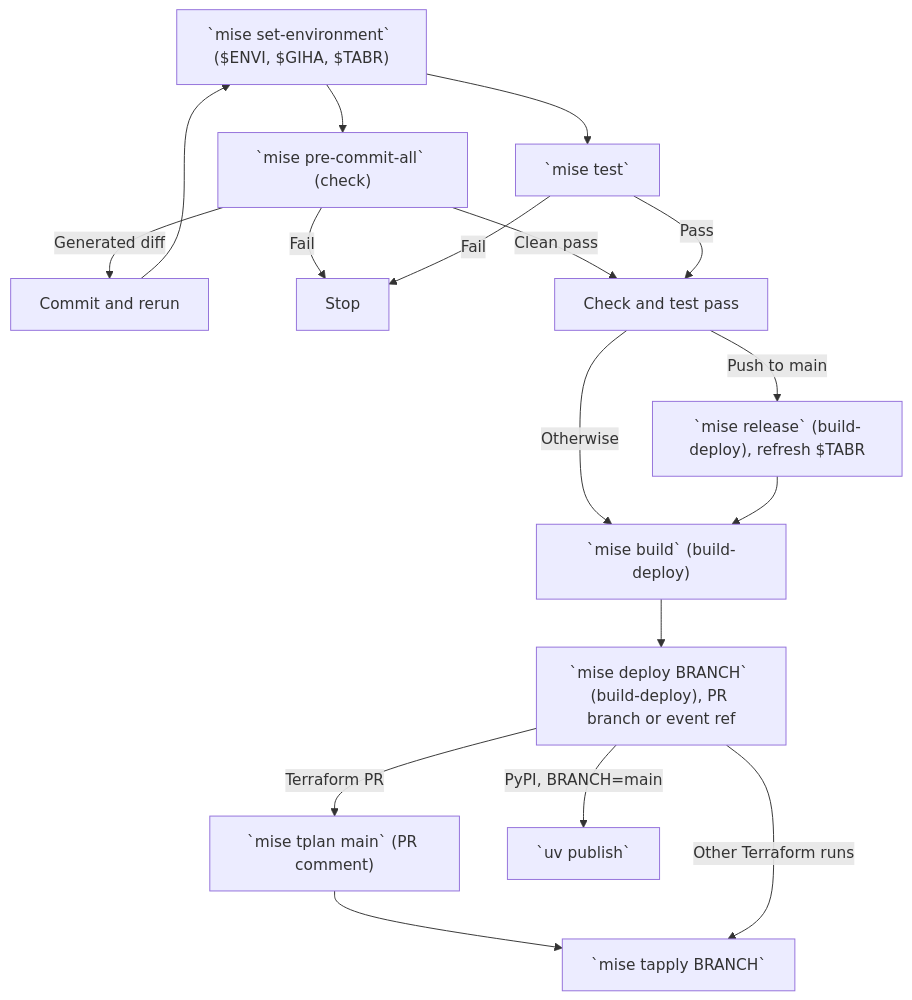
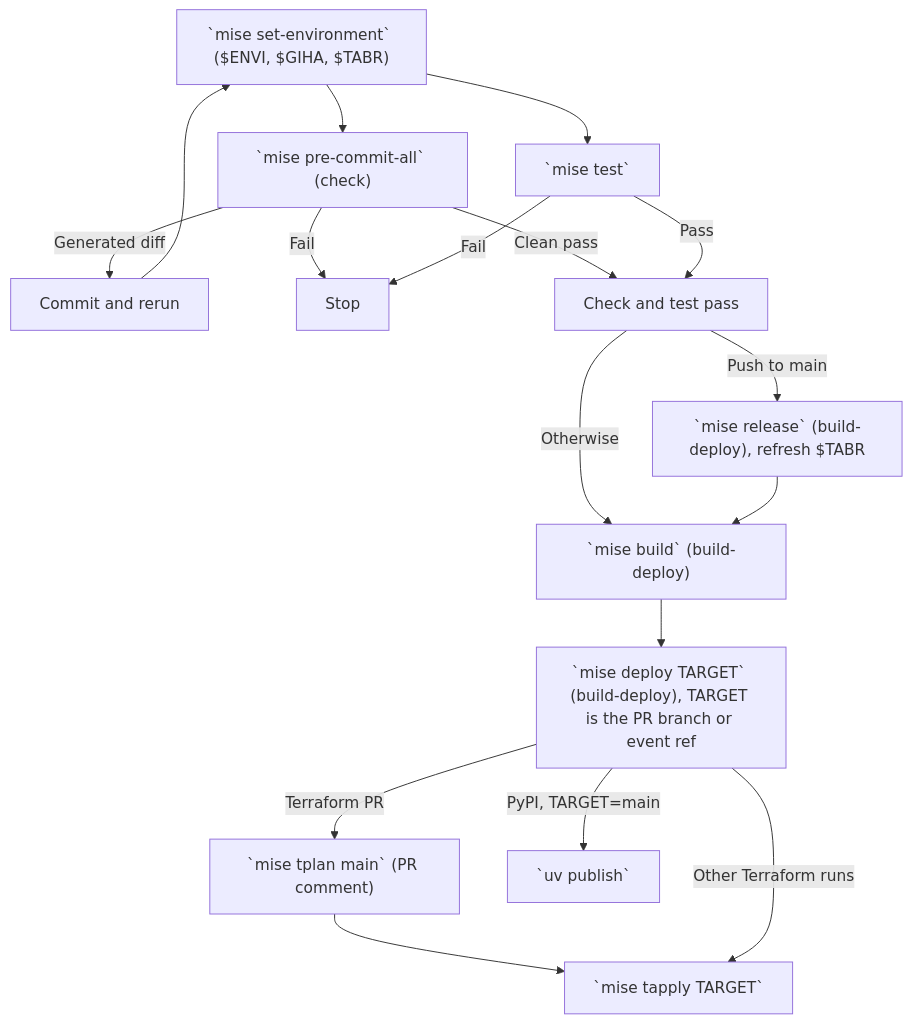
One commit to biobuddies/measles changed the diagram in README.md. Above: the diagram before and after it, drawn with Mermaid.

Commit message:
Show the shared deployment target in the diagram

````diff
--- a/README.md
+++ b/README.md
@@ -78,19 +78,19 @@
 ```mermaid
 flowchart TD
     Context[" `mise set-environment` ($ENVI, $GIHA, $TABR)"] --> Check[" `mise pre-commit-all` (check)"]
     Context --> Test[" `mise test`"]
     Check -- "Generated diff" --> Retry["Commit and rerun"]
     Retry --> Context
     Check -- Fail --> Stop["Stop"]
     Test -- Fail --> Stop
     Check -- "Clean pass" --> BuildDeploy["Check and test pass"]
     Test -- Pass --> BuildDeploy
     BuildDeploy -- "Push to main" --> Release[" `mise release` (build-deploy), refresh $TABR"]
     BuildDeploy -- Otherwise --> Build[" `mise build` (build-deploy)"]
     Release --> Build
-    Build --> Deploy[" `mise deploy BRANCH` (build-deploy), PR branch or event ref"]
+    Build --> Deploy[" `mise deploy TARGET` (build-deploy), TARGET is the PR branch or event ref"]
     Deploy -- "Terraform PR" --> Plan[" `mise tplan main` (PR comment)"]
-    Plan --> Apply[" `mise tapply BRANCH`"]
+    Plan --> Apply[" `mise tapply TARGET`"]
     Deploy -- "Other Terraform runs" --> Apply
-    Deploy -- "PyPI, BRANCH=main" --> Publish[" `uv publish`"]
+    Deploy -- "PyPI, TARGET=main" --> Publish[" `uv publish`"]
 ```
````
